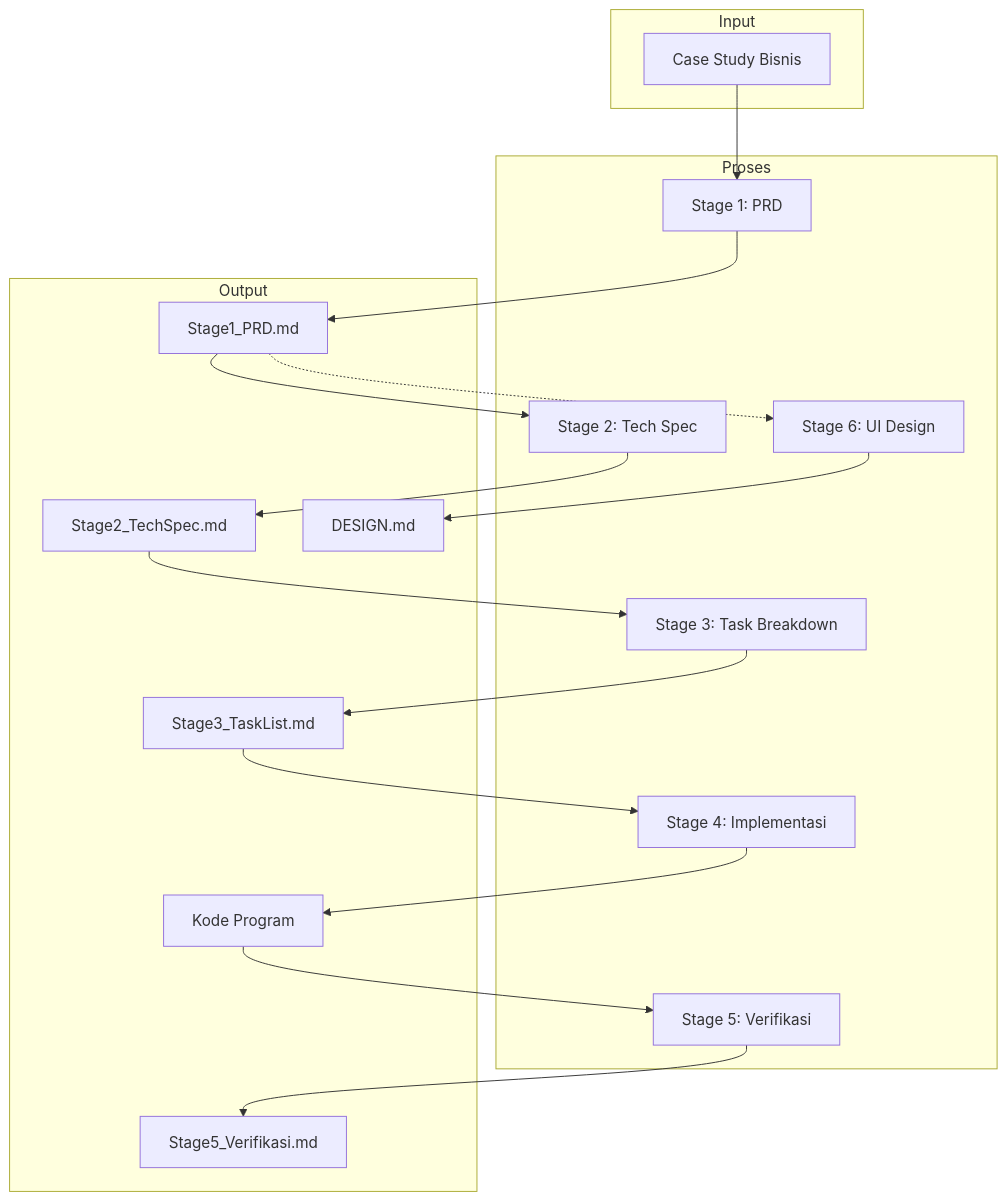
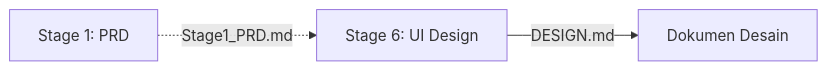
Before and after one commit to ocikyamin/OpenLearning: the second of 2 diagrams in Master Prompt Framework PARTS/README.md, drawn with Mermaid. The commit also changed other lines of this file, not shown here.

Commit message:
Refactor stage flow diagrams in README.md for improved clarity and consistency

````diff
--- a/Master Prompt Framework PARTS/README.md
+++ b/Master Prompt Framework PARTS/README.md
@@ -25,31 +18,5 @@
 ```mermaid
-graph TD
-    subgraph Input
-        CS[Case Study Bisnis]
-    end
-    subgraph Proses
-        S1[Stage 1: PRD]
-        S2[Stage 2: Tech Spec]
-        S3[Stage 3: Task Breakdown]
-        S4[Stage 4: Implementasi]
-        S5[Stage 5: Verifikasi]
-        S6[Stage 6: UI Design]
-    end
-    subgraph Output
-        O1[Stage1_PRD.md]
-        O2[Stage2_TechSpec.md]
-        O3[Stage3_TaskList.md]
-        O4[Kode Program]
-        O5[Stage5_Verifikasi.md]
-        O6[DESIGN.md]
-    end
-
-    CS --> S1
-    S1 --> O1 --> S2
-    S2 --> O2 --> S3
-    S3 --> O3 --> S4
-    S4 --> O4 --> S5
-    S5 --> O5
-    O1 -.-> S6
-    S6 --> O6
+graph LR
+    S1[Stage 1: PRD] -.-> |Stage1_PRD.md| S6[Stage 6: UI Design]
+    S6 --> |DESIGN.md| FINAL[Dokumen Desain]
 ```
````
